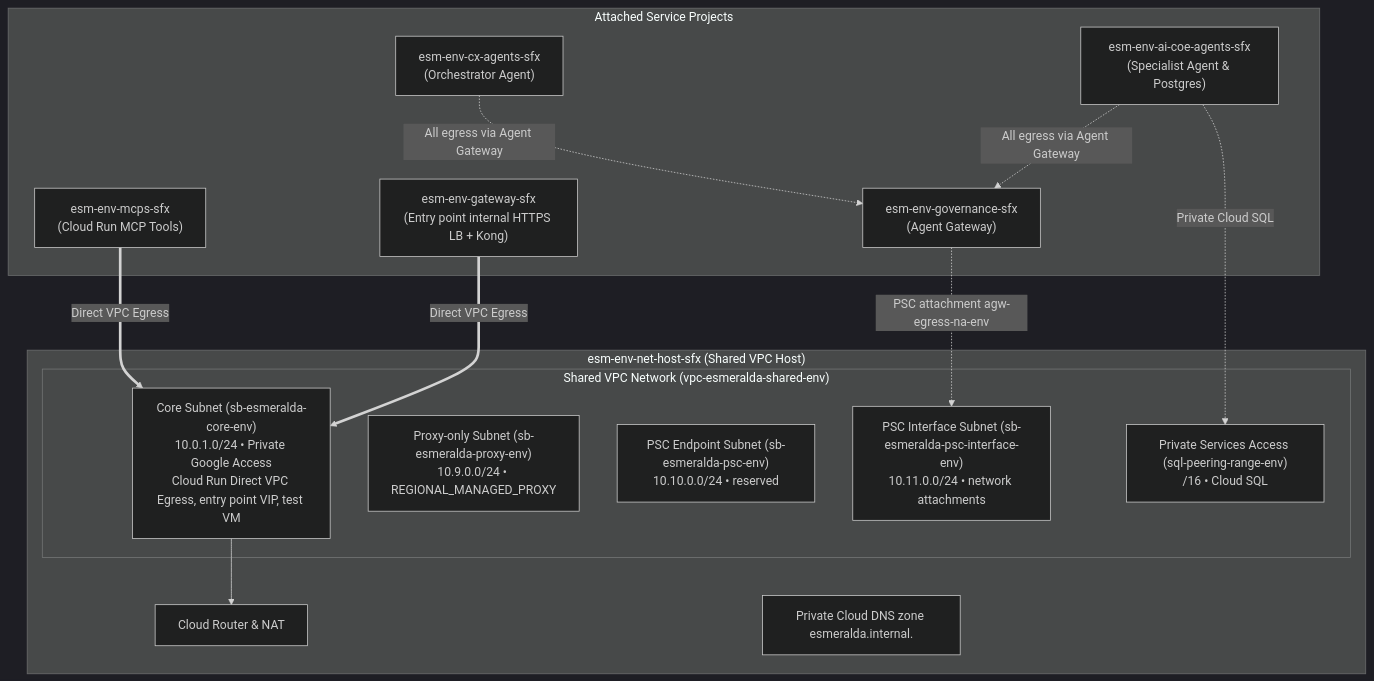
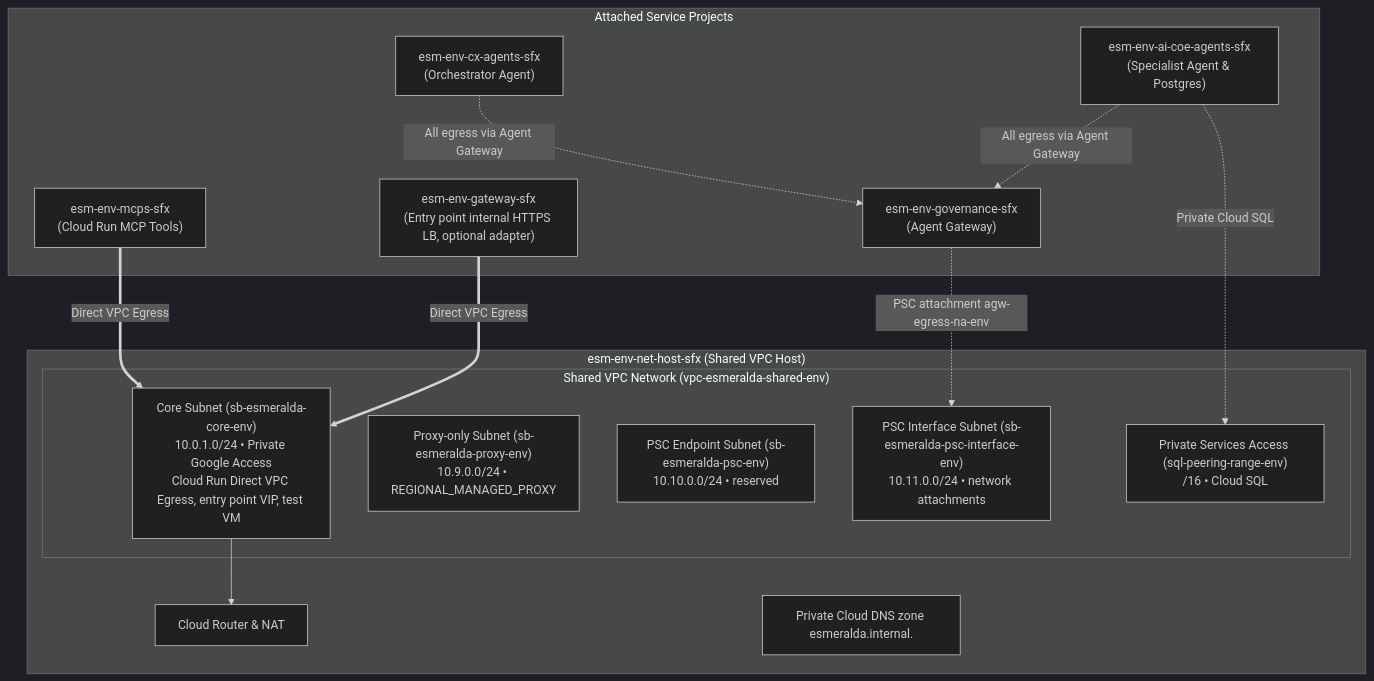
Before and after one commit to google/esmeralda: the diagram in docs/src/1-platform-foundations/02-private-networking.md, drawn with Mermaid (dark theme). The commit also changed other lines of this file and 93 other files, not shown here.

Commit message:
feat(gateway): built-in direct backend by default, service catalog, and remove Kong

````diff
--- a/docs/src/1-platform-foundations/02-private-networking.md
+++ b/docs/src/1-platform-foundations/02-private-networking.md
@@ -53,29 +53,29 @@
 ```mermaid
 flowchart TD
     subgraph HostProject["esm-env-net-host-sfx (Shared VPC Host)"]
         subgraph VPC["Shared VPC Network (vpc-esmeralda-shared-env)"]
             SubnetCore["Core Subnet (sb-esmeralda-core-env)<br/>10.0.1.0/24 • Private Google Access<br/>Cloud Run Direct VPC Egress, entry point VIP, test VM"]
             SubnetProxy["Proxy-only Subnet (sb-esmeralda-proxy-env)<br/>10.9.0.0/24 • REGIONAL_MANAGED_PROXY"]
             SubnetPSC["PSC Endpoint Subnet (sb-esmeralda-psc-env)<br/>10.10.0.0/24 • reserved"]
             SubnetPSCI["PSC Interface Subnet (sb-esmeralda-psc-interface-env)<br/>10.11.0.0/24 • network attachments"]
             PSA["Private Services Access (sql-peering-range-env)<br/>/16 • Cloud SQL"]
         end
         
         Router["Cloud Router & NAT"]
         DNS["Private Cloud DNS zone esmeralda.internal."]
     end
 
     subgraph ServiceProjects["Attached Service Projects"]
         P_MCP["esm-env-mcps-sfx<br/>(Cloud Run MCP Tools)"]
-        P_GW["esm-env-gateway-sfx<br/>(Entry point internal HTTPS LB + Kong)"]
+        P_GW["esm-env-gateway-sfx<br/>(Entry point internal HTTPS LB, optional adapter)"]
         P_AICOE["esm-env-ai-coe-agents-sfx<br/>(Specialist Agent & Postgres)"]
         P_CX["esm-env-cx-agents-sfx<br/>(Orchestrator Agent)"]
         P_GOV["esm-env-governance-sfx<br/>(Agent Gateway)"]
     end
 
     P_MCP & P_GW ==>|Direct VPC Egress| SubnetCore
     P_AICOE -.->|Private Cloud SQL| PSA
     P_GOV -.->|"PSC attachment agw-egress-na-env"| SubnetPSCI
     P_CX & P_AICOE -.->|All egress via Agent Gateway| P_GOV
     SubnetCore --> Router
 ```
````
